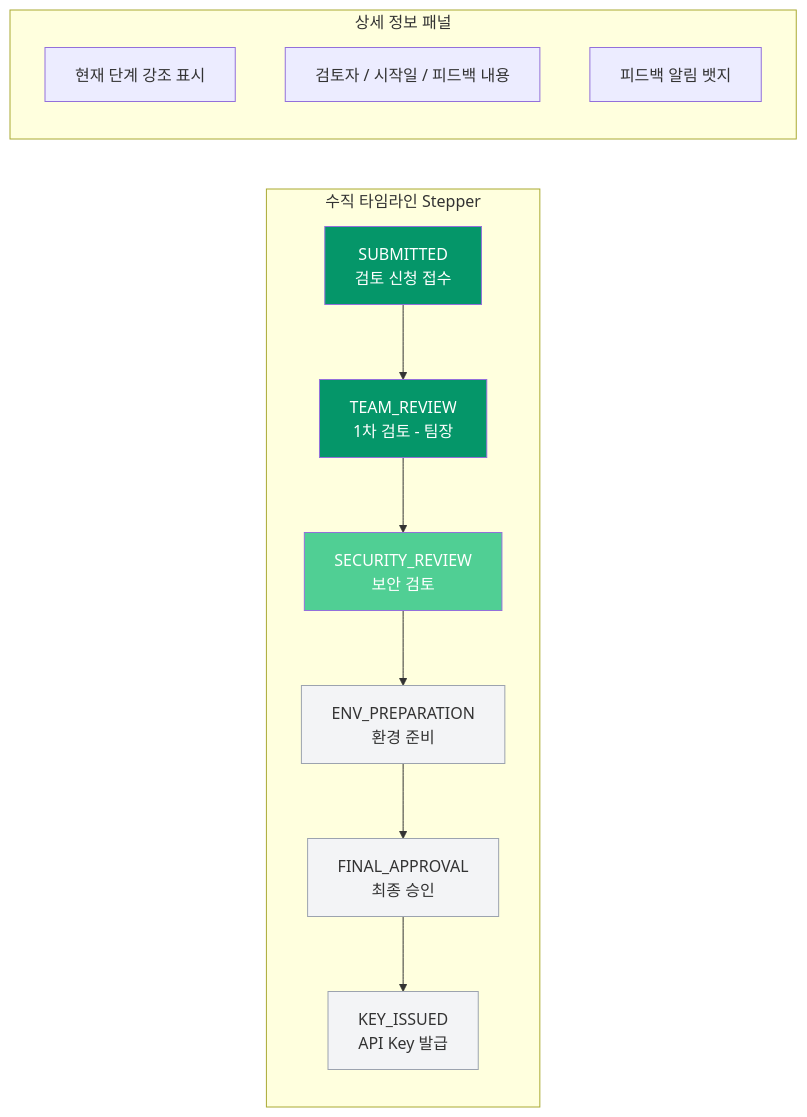
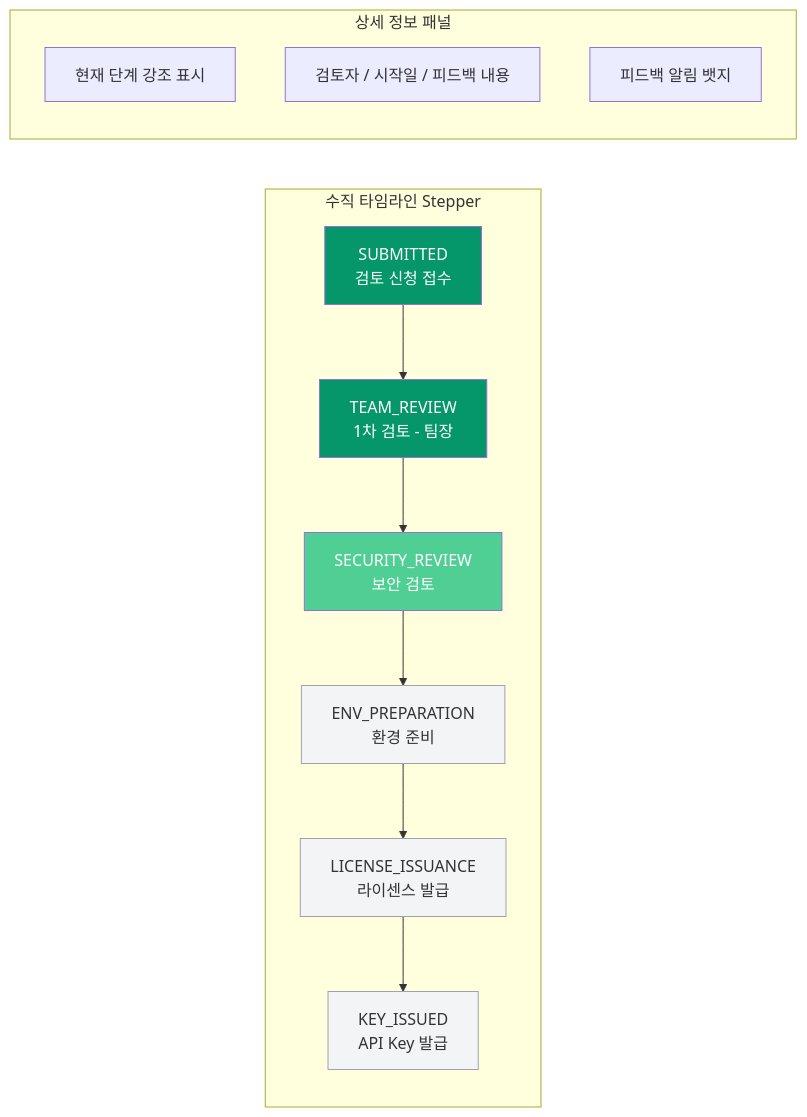
One commit to nuriguri1228/codehub-manage-aitool changed diagram 16 of 29 in docs/04_UIUX_설계서.md. Above: the diagram before and after it, drawn with Mermaid. The commit also changed other lines of this file and 10 other files, not shown here.

First line of the commit message:
Implement LICENSE_ISSUANCE feature and update all docs to new review flow

````diff
--- a/docs/04_UIUX_설계서.md
+++ b/docs/04_UIUX_설계서.md
@@ -689,28 +689,28 @@
 ```mermaid
 flowchart LR
     subgraph Timeline["수직 타임라인 Stepper"]
         direction TB
         TS["SUBMITTED<br/>검토 신청 접수"]
         TR["TEAM_REVIEW<br/>1차 검토 - 팀장"]
         SR["SECURITY_REVIEW<br/>보안 검토"]
         EP["ENV_PREPARATION<br/>환경 준비"]
-        FA["FINAL_APPROVAL<br/>최종 승인"]
+        LI["LICENSE_ISSUANCE<br/>라이센스 발급"]
         KI["KEY_ISSUED<br/>API Key 발급"]
 
-        TS --> TR --> SR --> EP --> FA --> KI
+        TS --> TR --> SR --> EP --> LI --> KI
     end
 
     subgraph Detail["상세 정보 패널"]
         direction TB
         Stage["현재 단계 강조 표시"]
         Info["검토자 / 시작일 / 피드백 내용"]
         Badge["피드백 알림 뱃지"]
     end
 
     style TS fill:#059669,color:#fff
     style TR fill:#059669,color:#fff
     style SR fill:#50CF94,color:#fff
     style EP fill:#F3F4F6,stroke:#9CA3AF
-    style FA fill:#F3F4F6,stroke:#9CA3AF
+    style LI fill:#F3F4F6,stroke:#9CA3AF
     style KI fill:#F3F4F6,stroke:#9CA3AF
 ```
````
